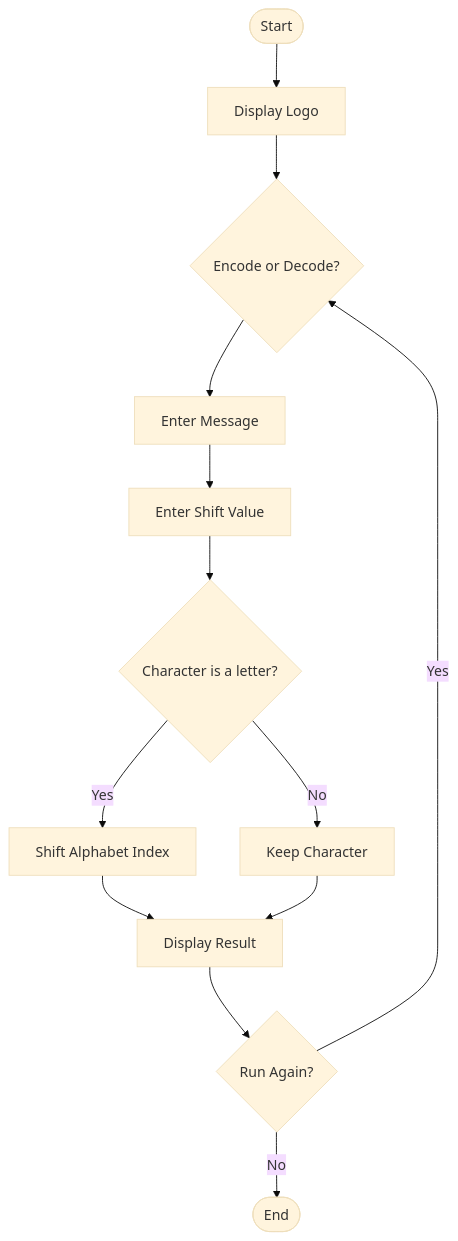
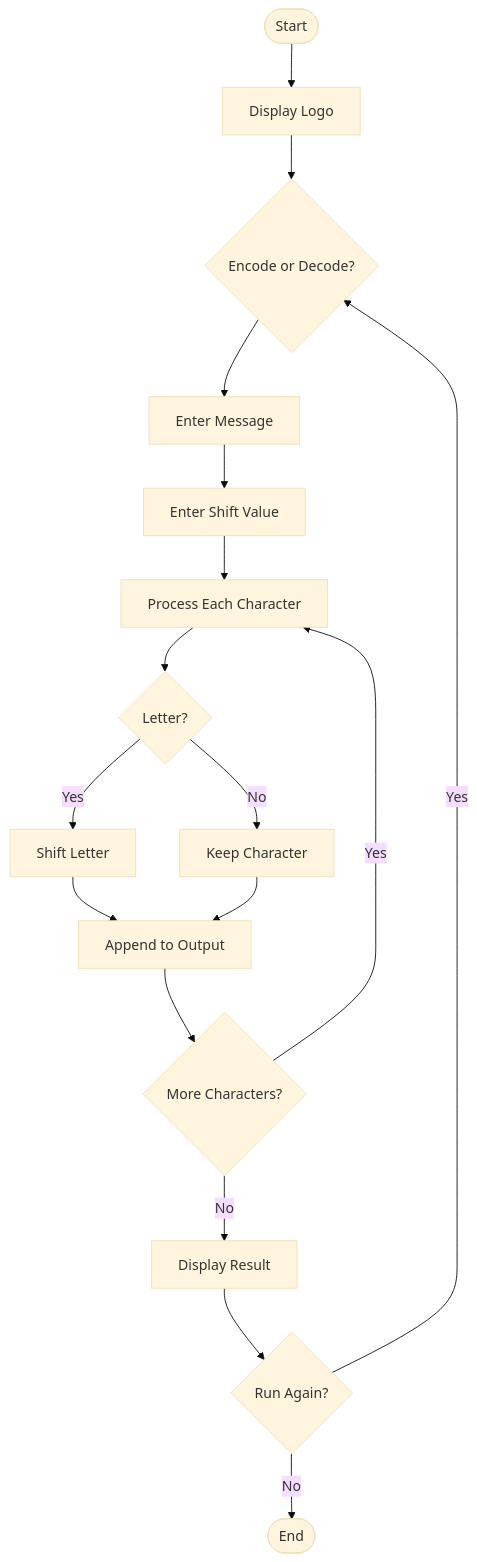
One commit to Blueay/Mini-Python-Projects changed the diagram in Ceaser_Cifer_Encoder/readme.md. Above: the diagram before and after it, drawn with Mermaid (base theme).

````diff
--- a/Ceaser_Cifer_Encoder/readme.md
+++ b/Ceaser_Cifer_Encoder/readme.md
@@ -11,15 +11,24 @@
 ```mermaid
 flowchart TD
     A([Start]) --> B[Display Logo]
     B --> C{Encode or Decode?}
+
     C --> D[Enter Message]
     D --> E[Enter Shift Value]
-    E --> F{Character is a letter?}
-    F -- Yes --> G[Shift Alphabet Index]
-    F -- No --> H[Keep Character]
-    G --> I[Display Result]
-    H --> I
-    I --> J{Run Again?}
-    J -- Yes --> C
-    J -- No --> K([End])
+    E --> F[Process Each Character]
+
+    F --> G{Letter?}
+    G -- Yes --> H[Shift Letter]
+    G -- No --> I[Keep Character]
+
+    H --> J[Append to Output]
+    I --> J
+
+    J --> K{More Characters?}
+    K -- Yes --> F
+    K -- No --> L[Display Result]
+
+    L --> M{Run Again?}
+    M -- Yes --> C
+    M -- No --> N([End])
 ```
````
